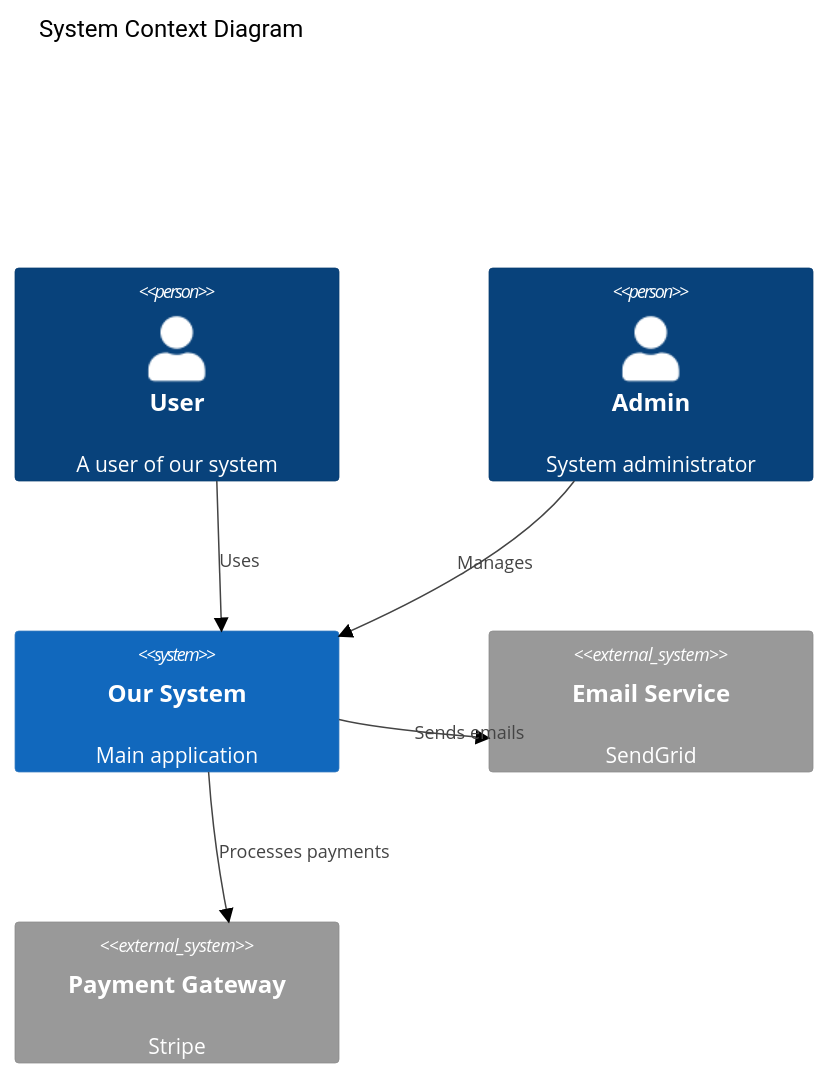
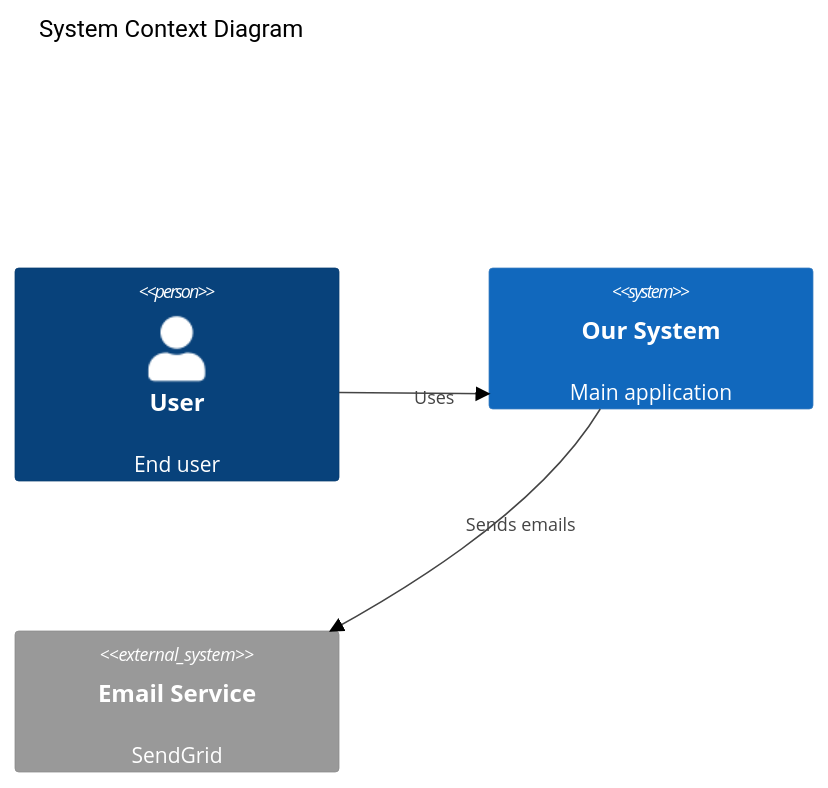
One commit to johnwaldo/aidevops changed the fourth of 10 diagrams in .agents/tools/diagrams/mermaid-diagrams-skill/references/ARCHITECTURE.md. Above: the diagram before and after it, drawn with Mermaid (neutral theme). The commit also changed other lines of this file, not shown here.

First line of the commit message:
t9374: tighten mermaid ARCHITECTURE.md from 454 to 250 lines (#11054)

````diff
--- a/.agents/tools/diagrams/mermaid-diagrams-skill/references/ARCHITECTURE.md
+++ b/.agents/tools/diagrams/mermaid-diagrams-skill/references/ARCHITECTURE.md
@@ -225,17 +132,9 @@
 ```mermaid
 C4Context
     title System Context Diagram
-
-    Person(user, "User", "A user of our system")
-    Person(admin, "Admin", "System administrator")
-
+    Person(user, "User", "End user")
     System(system, "Our System", "Main application")
-
     System_Ext(email, "Email Service", "SendGrid")
-    System_Ext(payment, "Payment Gateway", "Stripe")
-
     Rel(user, system, "Uses")
-    Rel(admin, system, "Manages")
     Rel(system, email, "Sends emails")
-    Rel(system, payment, "Processes payments")
 ```
````
